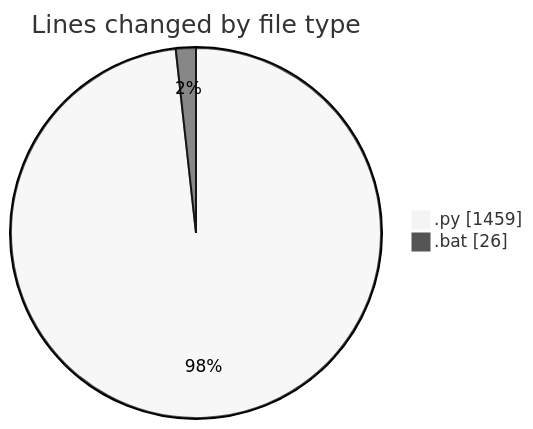
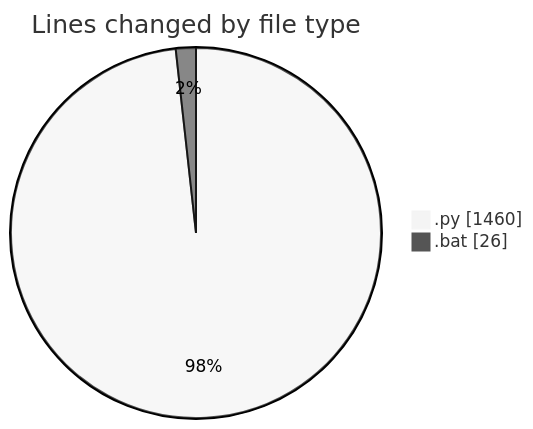
Before and after one commit to FelipKnott/code-tracking: the first of 2 diagrams in 2025-07-03/cursor/README.md, drawn with Mermaid (neutral theme). The commit also changed other lines of this file and 1 other file, not shown here.

````diff
--- a/2025-07-03/cursor/README.md
+++ b/2025-07-03/cursor/README.md
@@ -28,6 +28,6 @@
 ```mermaid
 pie showData
 title Lines changed by file type
-".py" : 1459
+".py" : 1460
 ".bat" : 26
 ```
````
